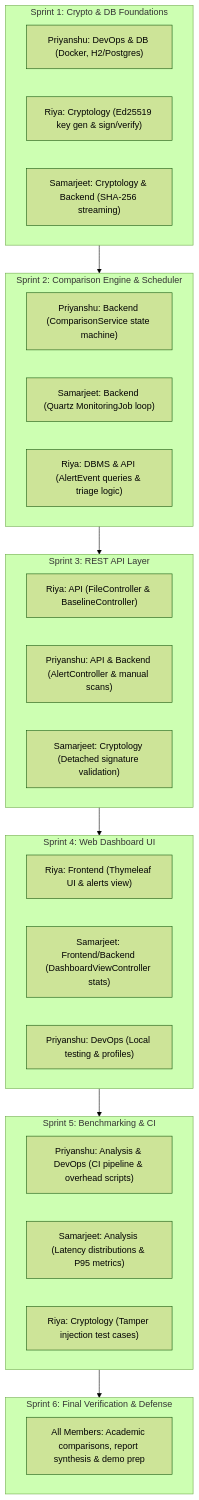
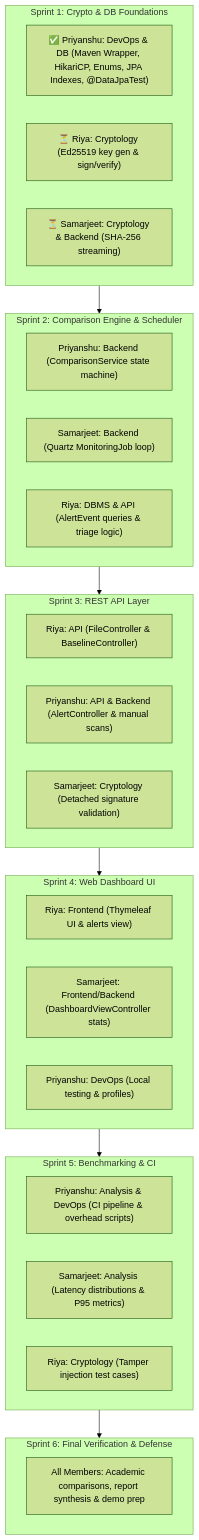
The diagram in docs/BRAIN.md (PG300604/HashWatch), drawn with Mermaid (forest theme) before and after one commit. The commit also changed other lines of this file and 5 other files, not shown here.

````diff
--- a/docs/BRAIN.md
+++ b/docs/BRAIN.md
@@ -55,38 +65,38 @@
 ```mermaid
 flowchart TD
     subgraph Sprint1["Sprint 1: Crypto & DB Foundations"]
-        S1P["Priyanshu: DevOps & DB (Docker, H2/Postgres)"]
-        S1R["Riya: Cryptology (Ed25519 key gen & sign/verify)"]
-        S1S["Samarjeet: Cryptology & Backend (SHA-256 streaming)"]
+        S1P["✅ Priyanshu: DevOps & DB (Maven Wrapper, HikariCP, Enums, JPA Indexes, @DataJpaTest)"]
+        S1R["⏳ Riya: Cryptology (Ed25519 key gen & sign/verify)"]
+        S1S["⏳ Samarjeet: Cryptology & Backend (SHA-256 streaming)"]
     end
 
     subgraph Sprint2["Sprint 2: Comparison Engine & Scheduler"]
         S2P["Priyanshu: Backend (ComparisonService state machine)"]
         S2S["Samarjeet: Backend (Quartz MonitoringJob loop)"]
         S2R["Riya: DBMS & API (AlertEvent queries & triage logic)"]
     end
 
     subgraph Sprint3["Sprint 3: REST API Layer"]
         S3R["Riya: API (FileController & BaselineController)"]
         S3P["Priyanshu: API & Backend (AlertController & manual scans)"]
         S3S["Samarjeet: Cryptology (Detached signature validation)"]
     end
 
     subgraph Sprint4["Sprint 4: Web Dashboard UI"]
         S4R["Riya: Frontend (Thymeleaf UI & alerts view)"]
         S4S["Samarjeet: Frontend/Backend (DashboardViewController stats)"]
         S4P["Priyanshu: DevOps (Local testing & profiles)"]
     end
 
     subgraph Sprint5["Sprint 5: Benchmarking & CI"]
         S5P["Priyanshu: Analysis & DevOps (CI pipeline & overhead scripts)"]
         S5S["Samarjeet: Analysis (Latency distributions & P95 metrics)"]
         S5R["Riya: Cryptology (Tamper injection test cases)"]
     end
 
     subgraph Sprint6["Sprint 6: Final Verification & Defense"]
         ALL["All Members: Academic comparisons, report synthesis & demo prep"]
     end
 
     Sprint1 --> Sprint2 --> Sprint3 --> Sprint4 --> Sprint5 --> Sprint6
 ```
````
